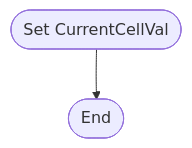
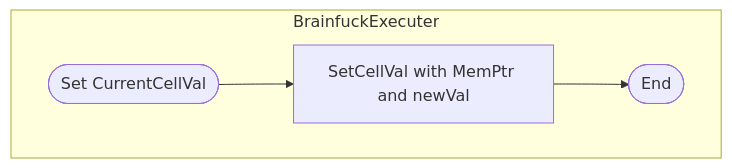
One commit to BCS21090011/BrainFucker changed the tenth of 25 diagrams in src/Classes_Info/BrainfuckExecuter.md. Above: the diagram before and after it, drawn with Mermaid.

Commit message:
Chart CurrentCellVal setter.

````diff
--- a/src/Classes_Info/BrainfuckExecuter.md
+++ b/src/Classes_Info/BrainfuckExecuter.md
@@ -517,7 +517,14 @@
     ```mermaid
     flowchart
+        subgraph BrainfuckExecuter
+            Start([Set CurrentCellVal])
+            SetCellVal[SetCellVal with MemPtr and newVal]
+            End([End])
+        end
 
-    Start([Set CurrentCellVal])
-    -->
-    End([End])
+        Start
+        -->
+        SetCellVal
+        -->
+        End
     ```
````
